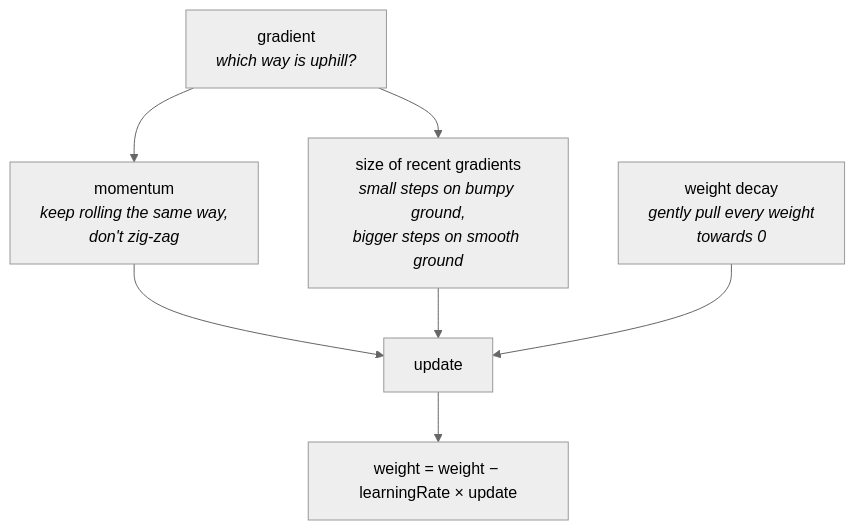
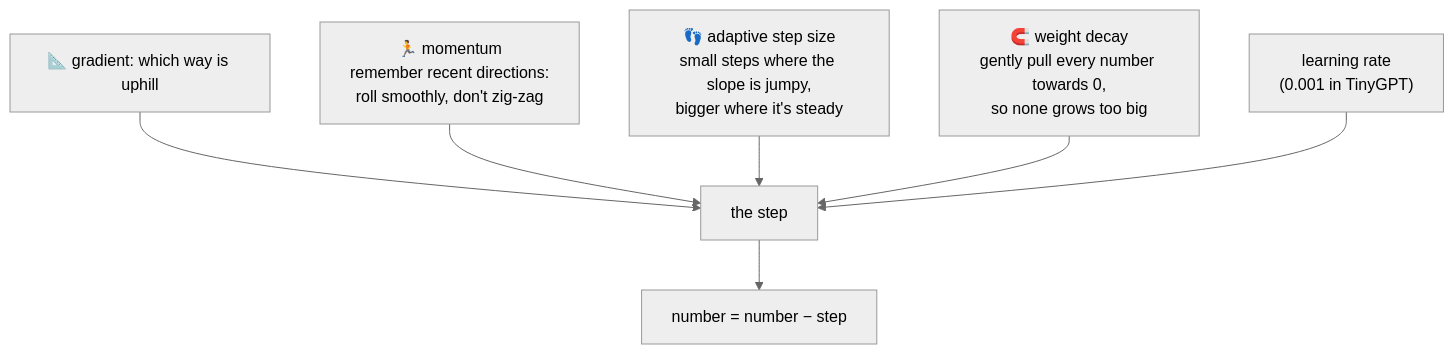
One commit to Ranjeet0611/tinygpt changed the fifth of 12 diagrams in docs/06-training.md. Above: the diagram before and after it, drawn with Mermaid (neutral theme). The commit also changed other lines of this file and 9 other files, not shown here.

````diff
--- a/docs/06-training.md
+++ b/docs/06-training.md
@@ -67,9 +161,9 @@
 ```mermaid
 flowchart TD
-    G["gradient<br/><i>which way is uphill?</i>"] --> M["momentum<br/><i>keep rolling the same way,<br/>don't zig-zag</i>"]
-    G --> V["size of recent gradients<br/><i>small steps on bumpy ground,<br/>bigger steps on smooth ground</i>"]
-    M --> U["update"]
-    V --> U
-    WD["weight decay<br/><i>gently pull every weight<br/>towards 0</i>"] --> U
-    U --> W["weight = weight − learningRate × update"]
+    G["📐 gradient: which way is uphill"] --> U["the step"]
+    M["🏃 momentum<br/>remember recent directions:<br/>roll smoothly, don't zig-zag"] --> U
+    V["👣 adaptive step size<br/>small steps where the slope is jumpy,<br/>bigger where it's steady"] --> U
+    W["🧲 weight decay<br/>gently pull every number towards 0,<br/>so none grows too big"] --> U
+    LR["learning rate<br/>(0.001 in TinyGPT)"] --> U
+    U --> N["number = number − step"]
 ```
````
